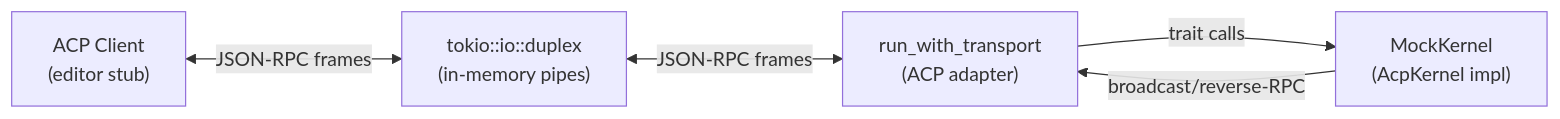
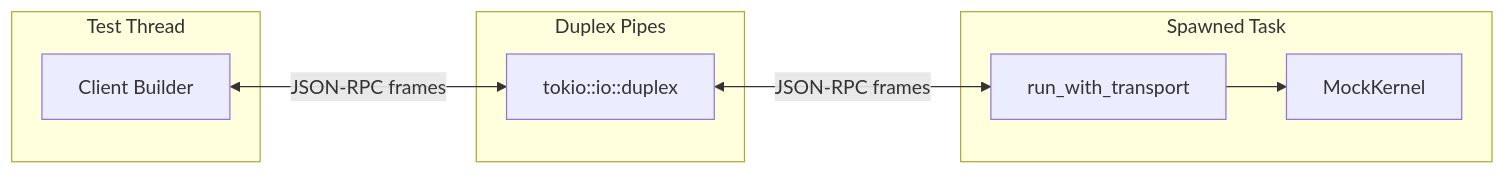
One commit to leszek3737/librefang-WIki changed the diagram in other-librefang-acp-tests.md. Above: the diagram before and after it, drawn with Mermaid. The commit also changed other lines of this file and 128 other files, not shown here.

````diff
--- a/other-librefang-acp-tests.md
+++ b/other-librefang-acp-tests.md
@@ -11,12 +13,16 @@
 ```mermaid
 graph LR
-    Client["ACP Client<br/>(editor stub)"]
-    Duplex["tokio::io::duplex<br/>(in-memory pipes)"]
-    Server["run_with_transport<br/>(ACP adapter)"]
-    Kernel["MockKernel<br/>(AcpKernel impl)"]
-
-    Client <-->|JSON-RPC frames| Duplex
-    Duplex <-->|JSON-RPC frames| Server
-    Server -->|trait calls| Kernel
-    Kernel -->|broadcast/reverse-RPC| Server
+    subgraph Test Thread
+        CK[Client Builder]
+    end
+    subgraph Spawned Task
+        RW[run_with_transport]
+        MK[MockKernel]
+    end
+    subgraph Duplex Pipes
+        A[tokio::io::duplex]
+    end
+    CK <-->|JSON-RPC frames| A
+    A <-->|JSON-RPC frames| RW
+    RW --> MK
 ```
````
